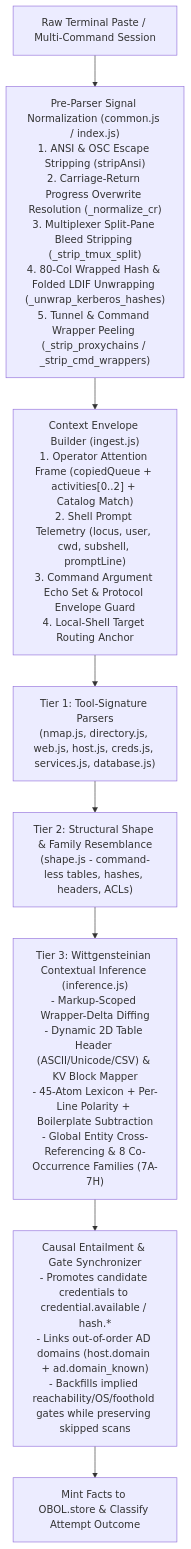
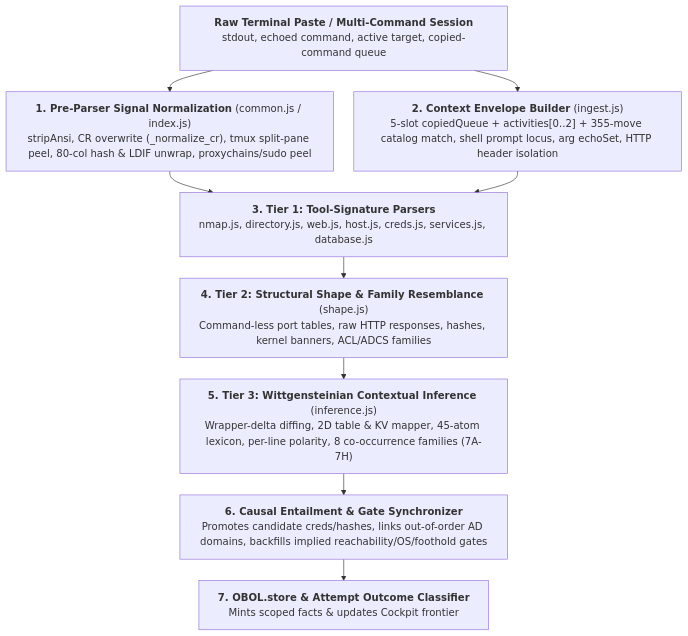
The diagram in INFERENCE.md (platocres/obol), drawn with Mermaid before and after one commit. The commit also changed other lines of this file and 2 other files, not shown here.

Commit message:
Fix GitHub math, Mermaid, and Markdown rendering across docs

````diff
--- a/INFERENCE.md
+++ b/INFERENCE.md
@@ -47,10 +47,13 @@
 ```mermaid
+%%{init: {'flowchart': {'wrappingWidth': 460, 'nodeSpacing': 32, 'rankSpacing': 34}}}%%
 flowchart TD
-    Paste["Raw Terminal Paste / Multi-Command Session"] --> Norm["Pre-Parser Signal Normalization (common.js / index.js)\n1. ANSI & OSC Escape Stripping (stripAnsi)\n2. Carriage-Return Progress Overwrite Resolution (_normalize_cr)\n3. Multiplexer Split-Pane Bleed Stripping (_strip_tmux_split)\n4. 80-Col Wrapped Hash & Folded LDIF Unwrapping (_unwrap_kerberos_hashes)\n5. Tunnel & Command Wrapper Peeling (_strip_proxychains / _strip_cmd_wrappers)"]
-    Norm --> Env["Context Envelope Builder (ingest.js)\n1. Operator Attention Frame (copiedQueue + activities[0..2] + Catalog Match)\n2. Shell Prompt Telemetry (locus, user, cwd, subshell, promptLine)\n3. Command Argument Echo Set & Protocol Envelope Guard\n4. Local-Shell Target Routing Anchor"]
-    Env --> T1["Tier 1: Tool-Signature Parsers\n(nmap.js, directory.js, web.js, host.js, creds.js, services.js, database.js)"]
-    T1 --> T2["Tier 2: Structural Shape & Family Resemblance\n(shape.js - command-less tables, hashes, headers, ACLs)"]
-    T2 --> T3["Tier 3: Wittgensteinian Contextual Inference (inference.js)\n- Markup-Scoped Wrapper-Delta Diffing\n- Dynamic 2D Table Header (ASCII/Unicode/CSV) & KV Block Mapper\n- 45-Atom Lexicon + Per-Line Polarity + Boilerplate Subtraction\n- Global Entity Cross-Referencing & 8 Co-Occurrence Families (7A-7H)"]
-    T3 --> Entail["Causal Entailment & Gate Synchronizer\n- Promotes candidate credentials to credential.available / hash.*\n- Links out-of-order AD domains (host.domain + ad.domain_known)\n- Backfills implied reachability/OS/foothold gates while preserving skipped scans"]
-    Entail --> Store["Mint Facts to OBOL.store & Classify Attempt Outcome"]
+    Paste["<b>Raw Terminal Paste / Multi-Command Session</b><br/>stdout, echoed command, active target, copied-command queue"]
+    Paste --> Norm["<b>1. Pre-Parser Signal Normalization</b> (common.js / index.js)<br/>stripAnsi, CR overwrite (_normalize_cr), tmux split-pane peel, 80-col hash & LDIF unwrap, proxychains/sudo peel"]
+    Paste --> Env["<b>2. Context Envelope Builder</b> (ingest.js)<br/>5-slot copiedQueue + activities[0..2] + 355-move catalog match, shell prompt locus, arg echoSet, HTTP header isolation"]
+    Norm --> T1["<b>3. Tier 1: Tool-Signature Parsers</b><br/>nmap.js, directory.js, web.js, host.js, creds.js, services.js, database.js"]
+    Env --> T1
+    T1 --> T2["<b>4. Tier 2: Structural Shape & Family Resemblance</b> (shape.js)<br/>Command-less port tables, raw HTTP responses, hashes, kernel banners, ACL/ADCS families"]
+    T2 --> T3["<b>5. Tier 3: Wittgensteinian Contextual Inference</b> (inference.js)<br/>Wrapper-delta diffing, 2D table & KV mapper, 45-atom lexicon, per-line polarity, 8 co-occurrence families (7A-7H)"]
+    T3 --> Entail["<b>6. Causal Entailment & Gate Synchronizer</b><br/>Promotes candidate creds/hashes, links out-of-order AD domains, backfills implied reachability/OS/foothold gates"]
+    Entail --> Store["<b>7. OBOL.store & Attempt Outcome Classifier</b><br/>Mints scoped facts & updates Cockpit frontier"]
 ```
````
